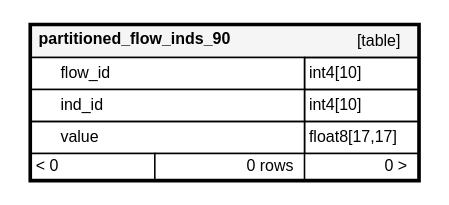
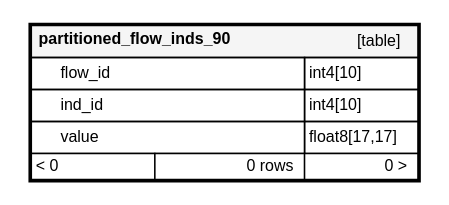
The diagram in db/all_tables/diagrams/orphans/partitioned_flow_inds_90.1degree.dot (Vizzuality/trase), drawn with Graphviz before and after one commit. The commit also changed 550 other files, not shown here.

```diff
--- a/db/all_tables/diagrams/orphans/partitioned_flow_inds_90.1degree.dot
+++ b/db/all_tables/diagrams/orphans/partitioned_flow_inds_90.1degree.dot
@@ -1,32 +1,32 @@
 digraph "partitioned_flow_inds_90" {
   graph [
     rankdir="RL"
     bgcolor="#ffffff"
     nodesep="0.18"
     ranksep="0.46"
     fontname="Helvetica"
     fontsize="11"
     ration="compress"
   ];
   node [
     fontname="Helvetica"
     fontsize="11"
     shape="plaintext"
   ];
   edge [
     arrowsize="0.8"
   ];
   "partitioned_flow_inds_90" [
    label=<
     <TABLE BORDER="2" CELLBORDER="1" CELLSPACING="0" BGCOLOR="#ffffff">
       <TR><TD COLSPAN="4"  BGCOLOR="#f5f5f5"><TABLE BORDER="0" CELLSPACING="0"><TR><TD ALIGN="LEFT"><B>partitioned_flow_inds_90</B></TD><TD ALIGN="RIGHT">[table]</TD></TR></TABLE></TD></TR>
-      <TR><TD PORT="flow_id" COLSPAN="2" BGCOLOR="#ffffff" ALIGN="LEFT"><TABLE BORDER="0" CELLSPACING="0" ALIGN="LEFT"><TR ALIGN="LEFT"><TD ALIGN="LEFT" FIXEDSIZE="TRUE" WIDTH="15" HEIGHT="16"></TD><TD ALIGN="LEFT" FIXEDSIZE="TRUE" WIDTH="167" HEIGHT="16">flow_id</TD></TR></TABLE></TD><TD PORT="flow_id.type" ALIGN="LEFT">int4[10]</TD></TR>
-      <TR><TD PORT="ind_id" COLSPAN="2" BGCOLOR="#ffffff" ALIGN="LEFT"><TABLE BORDER="0" CELLSPACING="0" ALIGN="LEFT"><TR ALIGN="LEFT"><TD ALIGN="LEFT" FIXEDSIZE="TRUE" WIDTH="15" HEIGHT="16"></TD><TD ALIGN="LEFT" FIXEDSIZE="TRUE" WIDTH="167" HEIGHT="16">ind_id</TD></TR></TABLE></TD><TD PORT="ind_id.type" ALIGN="LEFT">int4[10]</TD></TR>
+      <TR><TD PORT="flow_id" COLSPAN="2" ALIGN="LEFT"><TABLE BORDER="0" CELLSPACING="0" ALIGN="LEFT"><TR ALIGN="LEFT"><TD ALIGN="LEFT" FIXEDSIZE="TRUE" WIDTH="15" HEIGHT="16"></TD><TD ALIGN="LEFT" FIXEDSIZE="TRUE" WIDTH="167" HEIGHT="16">flow_id</TD></TR></TABLE></TD><TD PORT="flow_id.type" ALIGN="LEFT">int4[10]</TD></TR>
+      <TR><TD PORT="ind_id" COLSPAN="2" ALIGN="LEFT"><TABLE BORDER="0" CELLSPACING="0" ALIGN="LEFT"><TR ALIGN="LEFT"><TD ALIGN="LEFT" FIXEDSIZE="TRUE" WIDTH="15" HEIGHT="16"></TD><TD ALIGN="LEFT" FIXEDSIZE="TRUE" WIDTH="167" HEIGHT="16">ind_id</TD></TR></TABLE></TD><TD PORT="ind_id.type" ALIGN="LEFT">int4[10]</TD></TR>
       <TR><TD PORT="value" COLSPAN="2" ALIGN="LEFT"><TABLE BORDER="0" CELLSPACING="0" ALIGN="LEFT"><TR ALIGN="LEFT"><TD ALIGN="LEFT" FIXEDSIZE="TRUE" WIDTH="15" HEIGHT="16"></TD><TD ALIGN="LEFT" FIXEDSIZE="TRUE" WIDTH="167" HEIGHT="16">value</TD></TR></TABLE></TD><TD PORT="value.type" ALIGN="LEFT">float8[17,17]</TD></TR>
       <TR><TD ALIGN="LEFT" BGCOLOR="#ffffff">&lt; 0</TD><TD ALIGN="RIGHT" BGCOLOR="#ffffff">0 rows</TD><TD ALIGN="RIGHT" BGCOLOR="#ffffff">0 &gt;</TD></TR>
     </TABLE>>
     URL="tables/partitioned_flow_inds_90.html"
     target="_top"
     tooltip="partitioned_flow_inds_90"
   ];
 }
```
